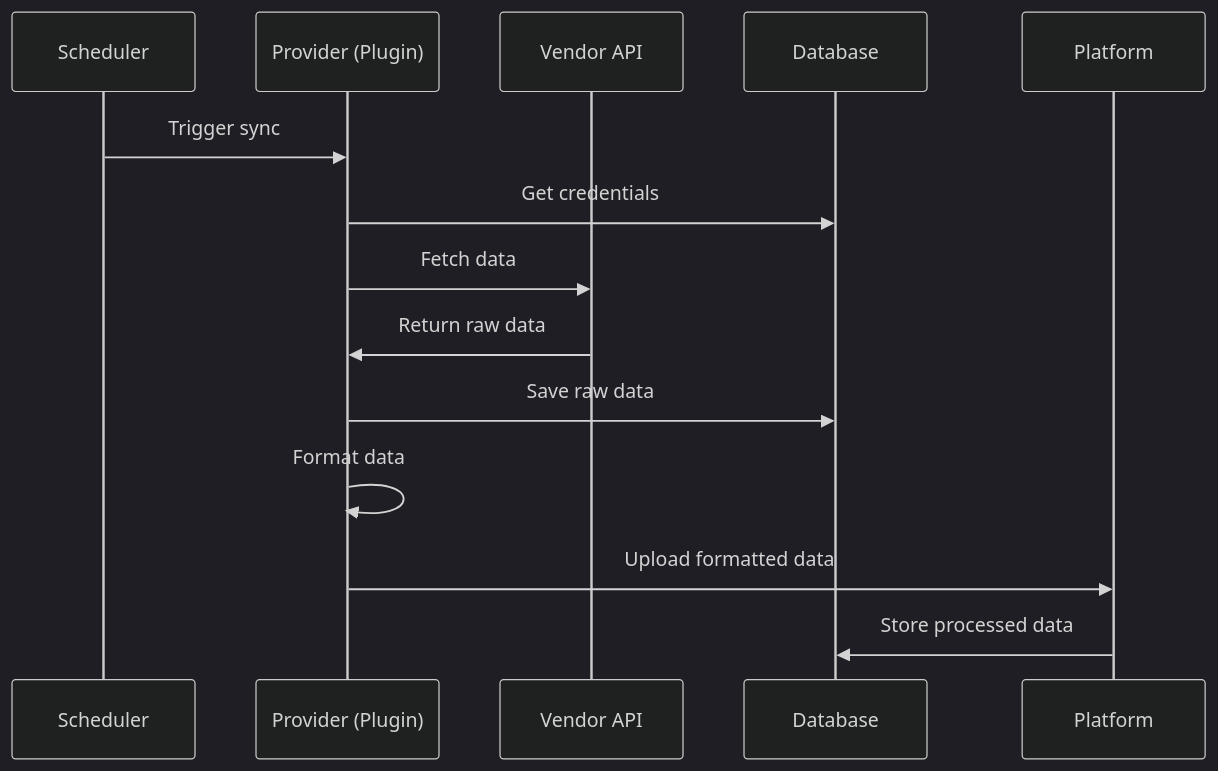
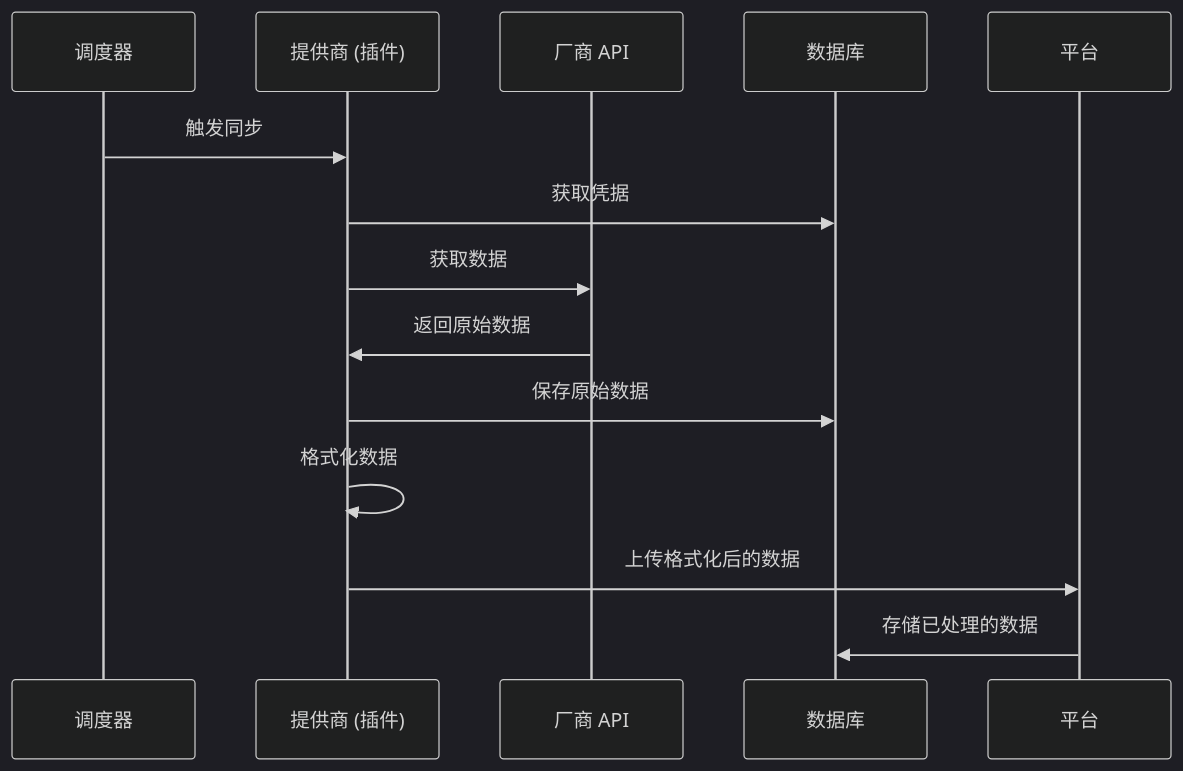
One commit to thetahealth/mirobody-health-docs changed the third of 3 diagrams in zh/concepts/architecture.mdx. Above: the diagram before and after it, drawn with Mermaid (dark theme). The commit also changed other lines of this file and 31 other files, not shown here.

````diff
--- a/zh/concepts/architecture.mdx
+++ b/zh/concepts/architecture.mdx
@@ -203,17 +203,17 @@
 ```mermaid
 sequenceDiagram
-    participant S as Scheduler
-    participant PP as Provider (Plugin)
-    participant V as Vendor API
-    participant DB as Database
-    participant PL as Platform
+    participant S as 调度器
+    participant PP as 提供商 (插件)
+    participant V as 厂商 API
+    participant DB as 数据库
+    participant PL as 平台
 
-    S->>PP: Trigger sync
-    PP->>DB: Get credentials
-    PP->>V: Fetch data
-    V->>PP: Return raw data
-    PP->>DB: Save raw data
-    PP->>PP: Format data
-    PP->>PL: Upload formatted data
-    PL->>DB: Store processed data
+    S->>PP: 触发同步
+    PP->>DB: 获取凭据
+    PP->>V: 获取数据
+    V->>PP: 返回原始数据
+    PP->>DB: 保存原始数据
+    PP->>PP: 格式化数据
+    PP->>PL: 上传格式化后的数据
+    PL->>DB: 存储已处理的数据
 ```
````
